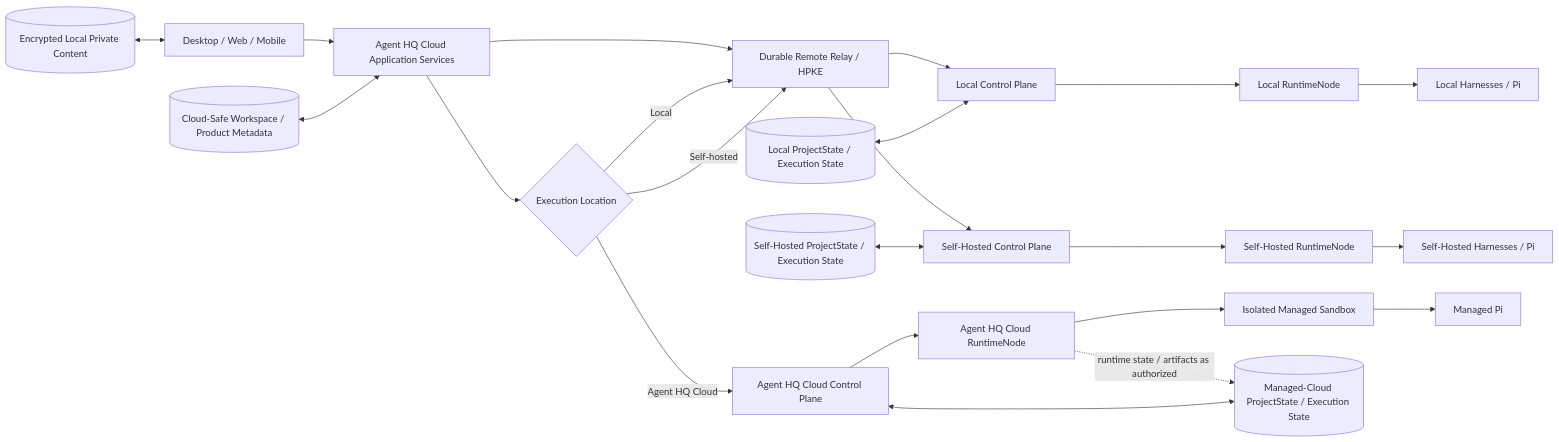
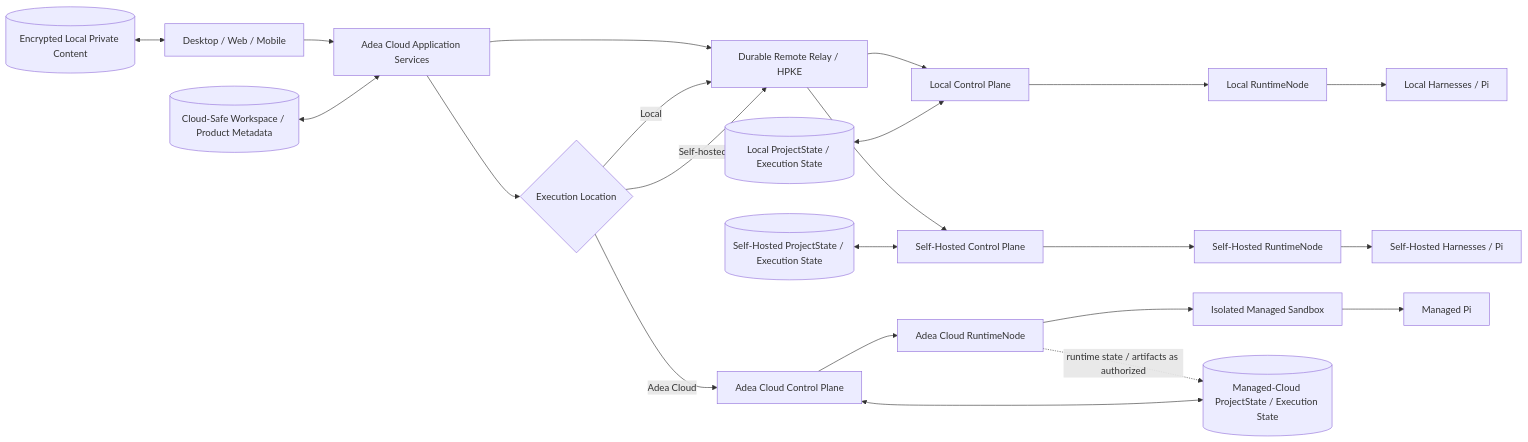
One commit to adea-ai/adea changed diagram 11 of 18 in docs/architecture/diagram-sources.md. Above: the diagram before and after it, drawn with Mermaid. The commit also changed other lines of this file and 72 other files, not shown here.

Commit message:
chore(brand): rename user-visible Agent HQ strings to Adea (#257)

````diff
--- a/docs/architecture/diagram-sources.md
+++ b/docs/architecture/diagram-sources.md
@@ -412,24 +412,24 @@
 ```mermaid
 flowchart LR
-    C[Desktop / Web / Mobile] --> APP[Agent HQ Cloud Application Services]
+    C[Desktop / Web / Mobile] --> APP[Adea Cloud Application Services]
     APP --> RELAY[Durable Remote Relay / HPKE]
     APP --> X{Execution Location}
     X -->|Local| RELAY
     RELAY --> LCP[Local Control Plane]
     X -->|Self-hosted| RELAY
     RELAY --> HCP[Self-Hosted Control Plane]
-    X -->|Agent HQ Cloud| CCP[Agent HQ Cloud Control Plane]
+    X -->|Adea Cloud| CCP[Adea Cloud Control Plane]
     LCP --> L[Local RuntimeNode]
     HCP --> H[Self-Hosted RuntimeNode]
-    CCP --> CC[Agent HQ Cloud RuntimeNode]
+    CCP --> CC[Adea Cloud RuntimeNode]
     L --> LH[Local Harnesses / Pi]
     H --> HH[Self-Hosted Harnesses / Pi]
     CC --> S[Isolated Managed Sandbox]
     S --> PI[Managed Pi]
     P[(Cloud-Safe Workspace / Product Metadata)] <--> APP
     LC[(Encrypted Local Private Content)] <--> C
     LPS[(Local ProjectState / Execution State)] <--> LCP
     HPS[(Self-Hosted ProjectState / Execution State)] <--> HCP
     CPS[(Managed-Cloud ProjectState / Execution State)] <--> CCP
     CC -. runtime state / artifacts as authorized .-> CPS
 ```
````
